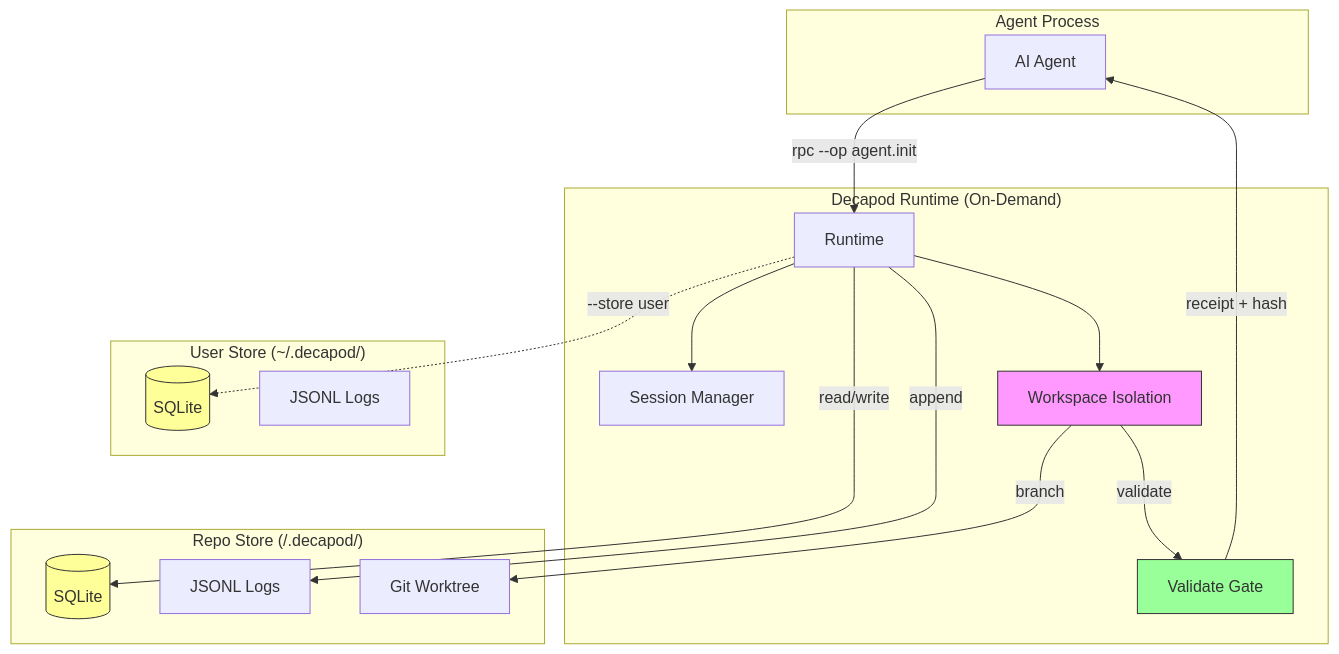
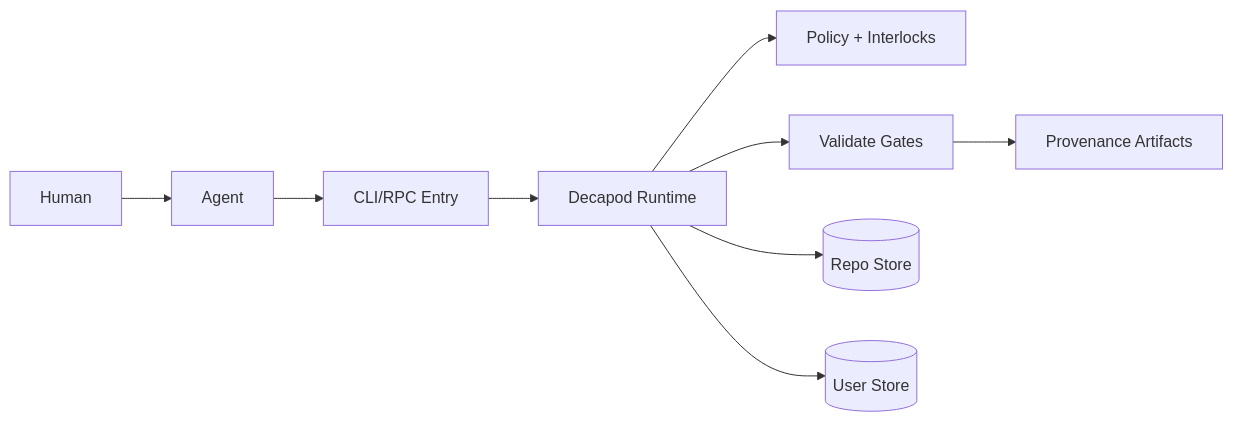
The first of 4 diagrams in .decapod/generated/specs/ARCHITECTURE.md (DecapodLabs/decapod), drawn with Mermaid before and after one commit. The commit also changed other lines of this file and 12 other files, not shown here.

````diff
--- a/.decapod/generated/specs/ARCHITECTURE.md
+++ b/.decapod/generated/specs/ARCHITECTURE.md
@@ -40,41 +12,11 @@
 ```mermaid
-graph TD
-    subgraph "Agent Process"
-        A[AI Agent]
-    end
-
-    subgraph "Decapod Runtime (On-Demand)"
-        R[Runtime]
-        S[Session Manager]
-        W[Workspace Isolation]
-        V[Validate Gate]
-    end
-
-    subgraph "Repo Store (<repo>/.decapod/)"
-        DB[(SQLite)]
-        J[JSONL Logs]
-        WT[Git Worktree]
-    end
-
-    subgraph "User Store (~/.decapod/)"
-        UDB[(SQLite)]
-        UJ[JSONL Logs]
-    end
-
-    A -->|"rpc --op agent.init"| R
-    R --> S
-    R --> W
-    W -->|"validate"| V
-    V -->|"receipt + hash"| A
-
-    R -->|read/write| DB
-    R -->|append| J
-    W -->|branch| WT
-
-    R -.->|"--store user"| UDB
-
-    style W fill:#f9f,stroke:#333
-    style V fill:#9f9,stroke:#333
-    style DB fill:#ff9,stroke:#333
-    style UDB fill:#ff9,stroke:#333
+flowchart LR
+  H[Human] --> A[Agent]
+  A --> C[CLI/RPC Entry]
+  C --> R[Decapod Runtime]
+  R --> P[Policy + Interlocks]
+  R --> G[Validate Gates]
+  R --> S[(Repo Store)]
+  R --> U[(User Store)]
+  G --> E[Provenance Artifacts]
 ```
````
